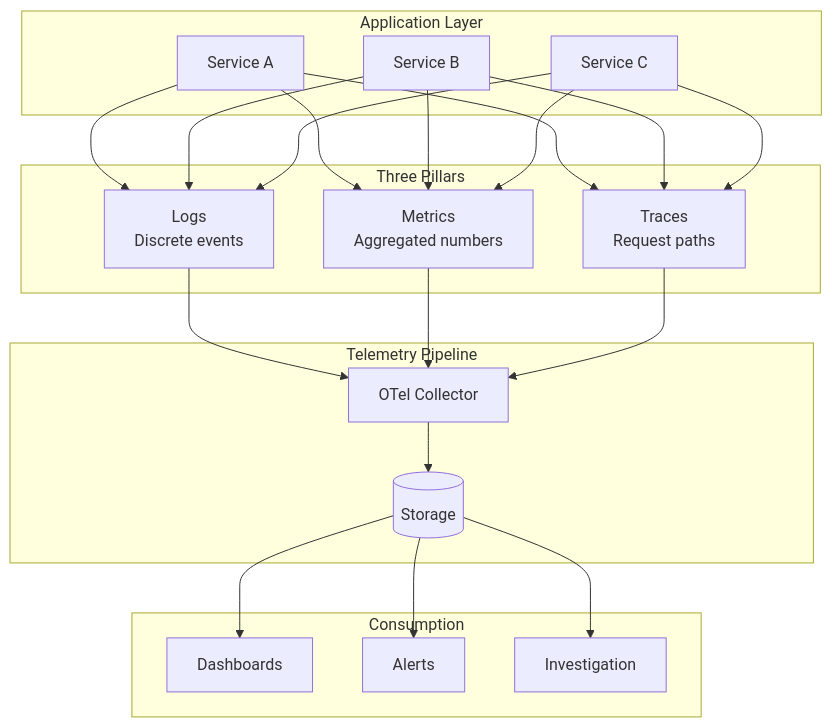
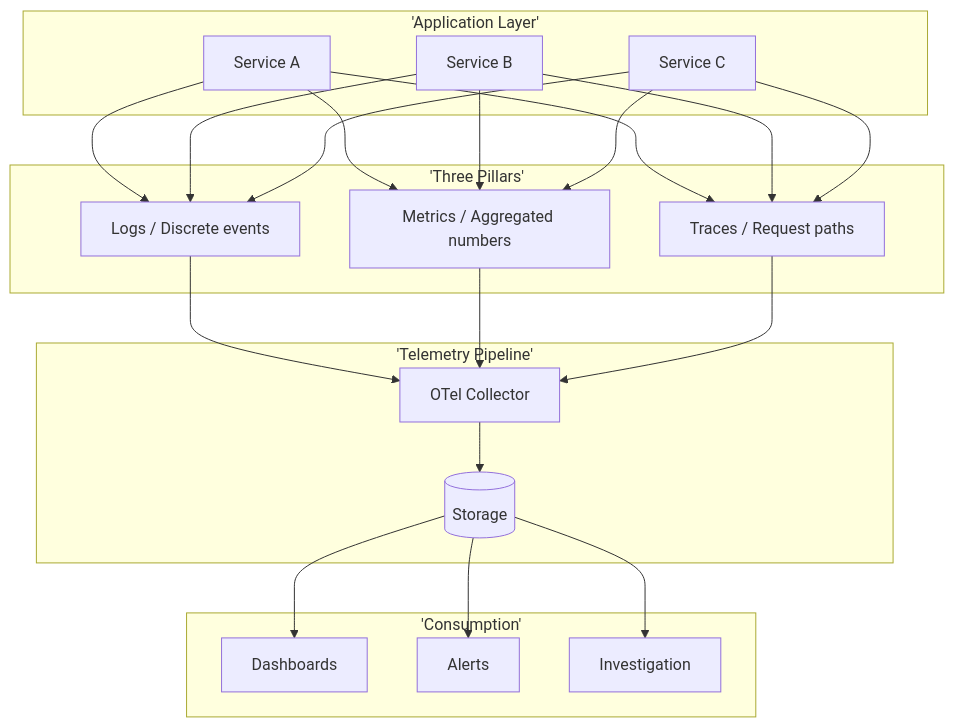
The first of 20 diagrams in 09-observability/README.md (hareramcse/SystemDesign), drawn with Mermaid before and after one commit. The commit also changed other lines of this file and 14 other files, not shown here.

````diff
--- a/09-observability/README.md
+++ b/09-observability/README.md
@@ -39,29 +39,29 @@
 ```mermaid
 flowchart TB
-    subgraph Apps["Application Layer"]
+    subgraph Apps['Application Layer']
         S1[Service A]
         S2[Service B]
         S3[Service C]
     end
 
-    subgraph Pillars["Three Pillars"]
-        L[Logs<br/>Discrete events]
-        M[Metrics<br/>Aggregated numbers]
-        T[Traces<br/>Request paths]
+    subgraph Pillars['Three Pillars']
+        L[Logs / Discrete events]
+        M[Metrics / Aggregated numbers]
+        T[Traces / Request paths]
     end
 
-    subgraph Pipeline["Telemetry Pipeline"]
+    subgraph Pipeline['Telemetry Pipeline']
         C[OTel Collector]
         ST[(Storage)]
     end
 
-    subgraph Consume["Consumption"]
+    subgraph Consume['Consumption']
         D[Dashboards]
         A[Alerts]
         I[Investigation]
     end
 
     S1 & S2 & S3 --> L & M & T
     L & M & T --> C --> ST
     ST --> D & A & I
 ```
````
